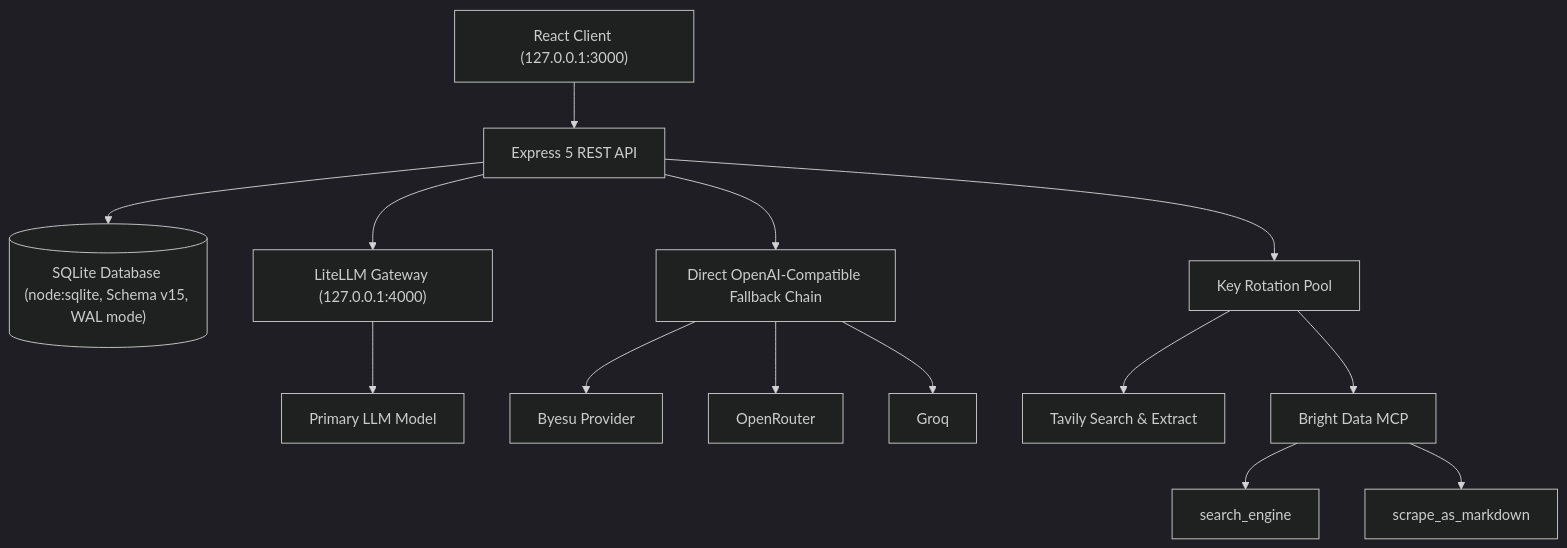
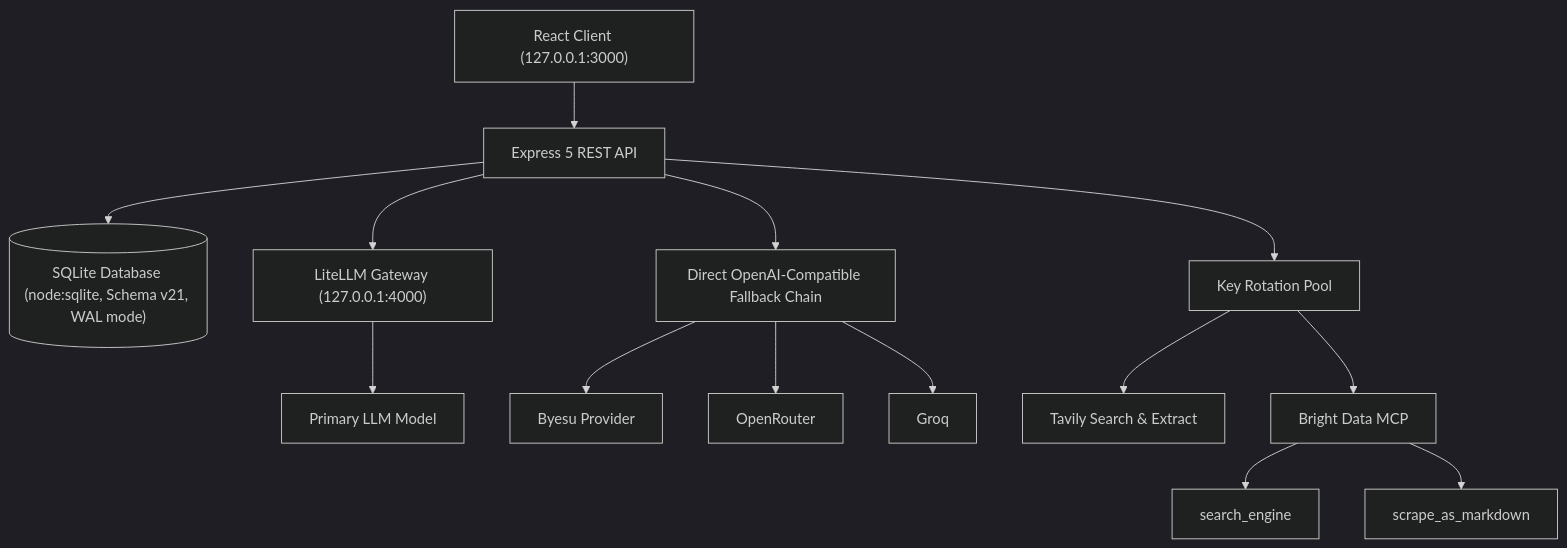
The second of 2 diagrams in README.md (AliasHolmes/Apex-CRM), drawn with Mermaid (dark theme) before and after one commit. The commit also changed other lines of this file and 29 other files, not shown here.

````diff
--- a/README.md
+++ b/README.md
@@ -134,18 +134,18 @@
 ```mermaid
 graph TD
     UI["React Client (127.0.0.1:3000)"] --> API["Express 5 REST API"]
-    API --> DB[("SQLite Database (node:sqlite, Schema v15, WAL mode)")]
+    API --> DB[("SQLite Database (node:sqlite, Schema v21, WAL mode)")]
 
     API --> Gateway["LiteLLM Gateway (127.0.0.1:4000)"]
     API --> Direct["Direct OpenAI-Compatible Fallback Chain"]
     Gateway --> Primary["Primary LLM Model"]
     Direct --> Byesu["Byesu Provider"]
     Direct --> OpenRouter["OpenRouter"]
     Direct --> Groq["Groq"]
 
     API --> KeyRotator["Key Rotation Pool"]
     KeyRotator --> Tavily["Tavily Search & Extract"]
     KeyRotator --> MCP["Bright Data MCP"]
     MCP --> BDSearch["search_engine"]
     MCP --> BDScrape["scrape_as_markdown"]
 ```
````
